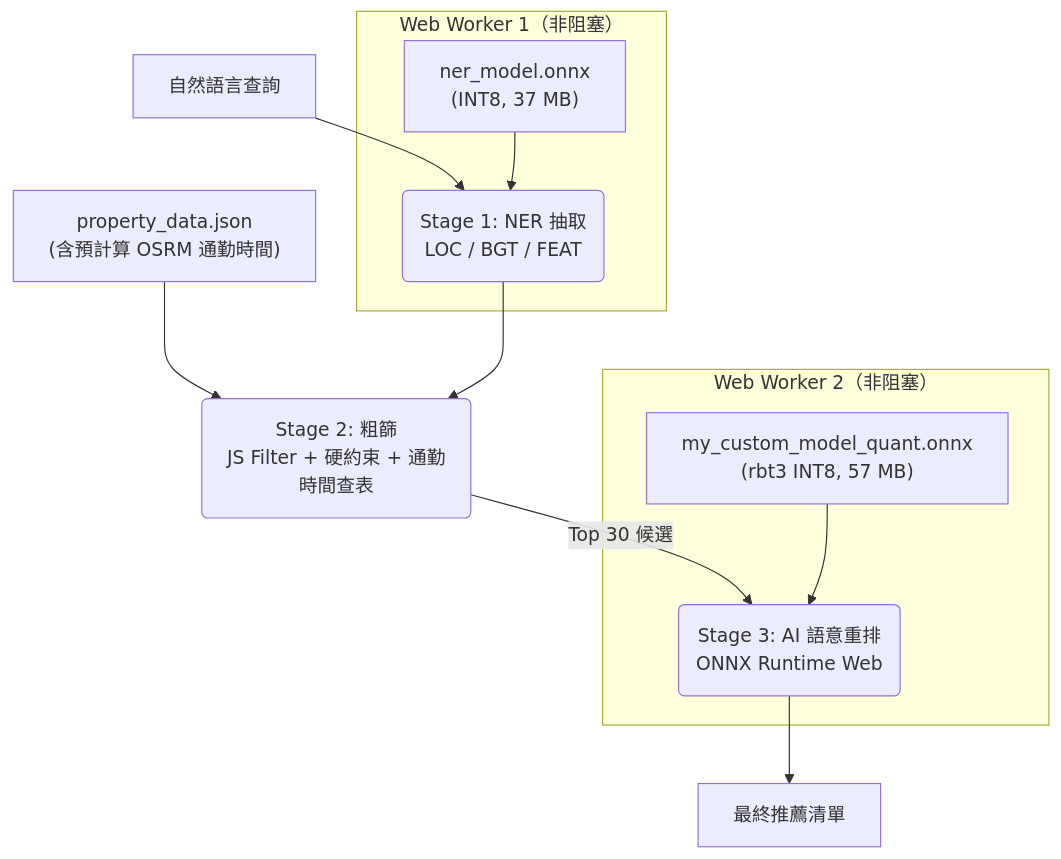
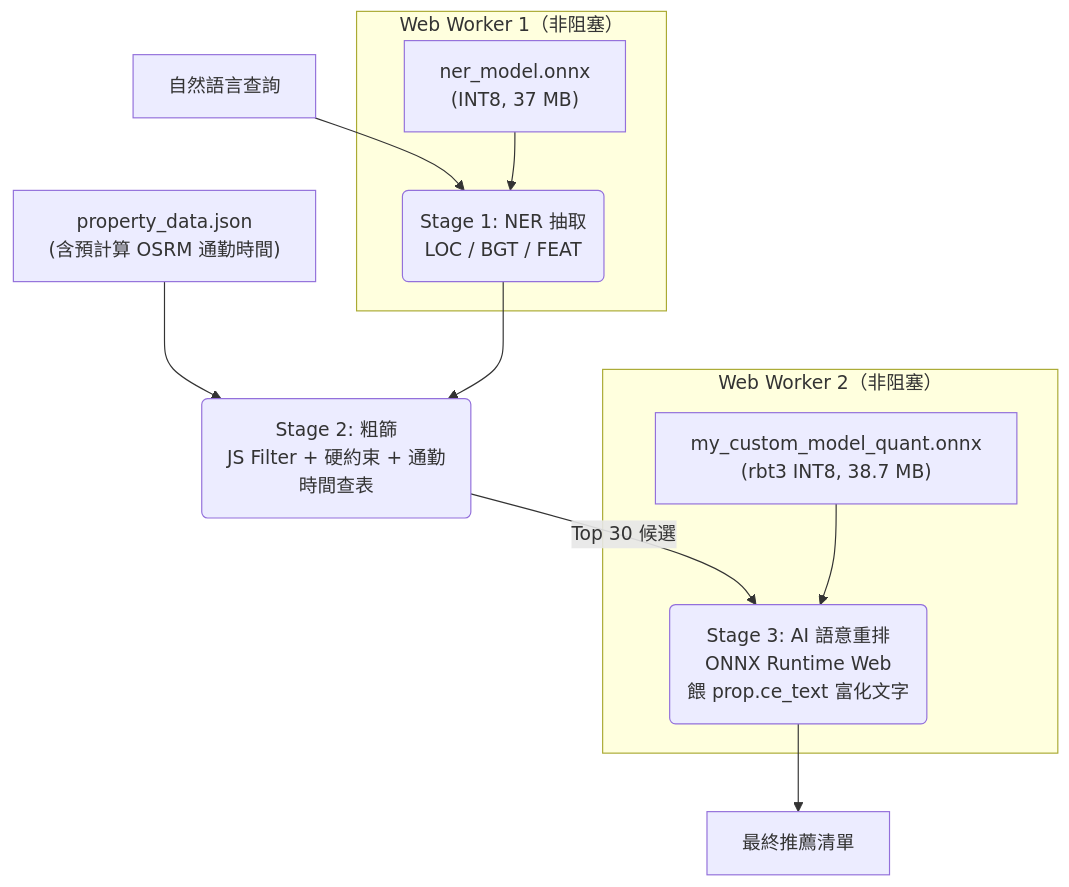
The second of 2 diagrams in README.md (eric20041027/nchu-edge-rental-ai), drawn with Mermaid before and after one commit. The commit also changed other lines of this file and 10 other files, not shown here.

````diff
--- a/README.md
+++ b/README.md
@@ -102,18 +107,18 @@
 ```mermaid
 graph TD
     PD["property_data.json\n(含預計算 OSRM 通勤時間)"] --> C
     Q["自然語言查詢"] --> W1
 
     subgraph WK1["Web Worker 1（非阻塞）"]
         NM["ner_model.onnx\n(INT8, 37 MB)"] --> W1("Stage 1: NER 抽取\nLOC / BGT / FEAT")
     end
 
     W1 --> C("Stage 2: 粗篩\nJS Filter + 硬約束 + 通勤時間查表")
     C -- "Top 30 候選" --> W2
 
     subgraph WK2["Web Worker 2（非阻塞）"]
-        CE["my_custom_model_quant.onnx\n(rbt3 INT8, 57 MB)"] --> W2("Stage 3: AI 語意重排\nONNX Runtime Web")
+        CE["my_custom_model_quant.onnx\n(rbt3 INT8, 38.7 MB)"] --> W2("Stage 3: AI 語意重排\nONNX Runtime Web\n餵 prop.ce_text 富化文字")
     end
 
     W2 --> F["最終推薦清單"]
 ```
````
